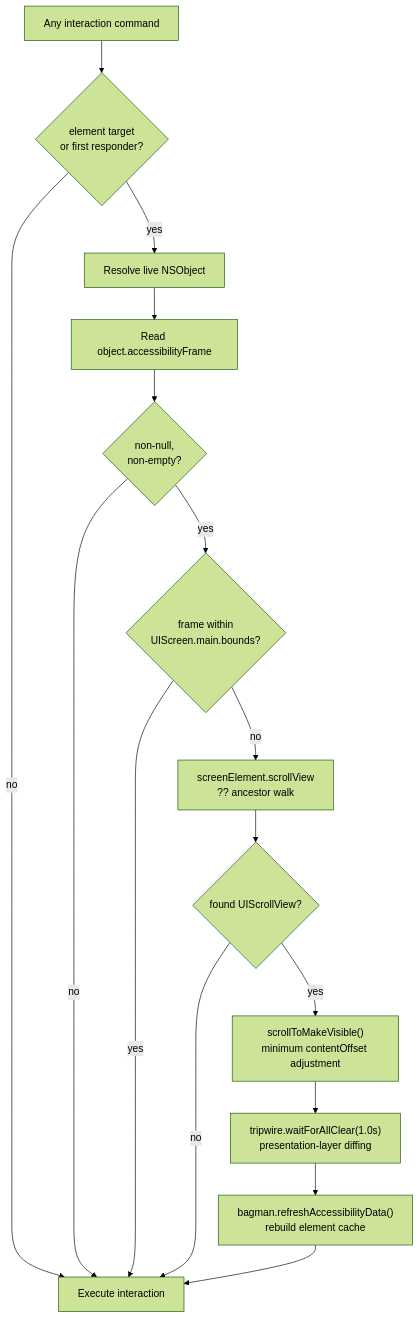
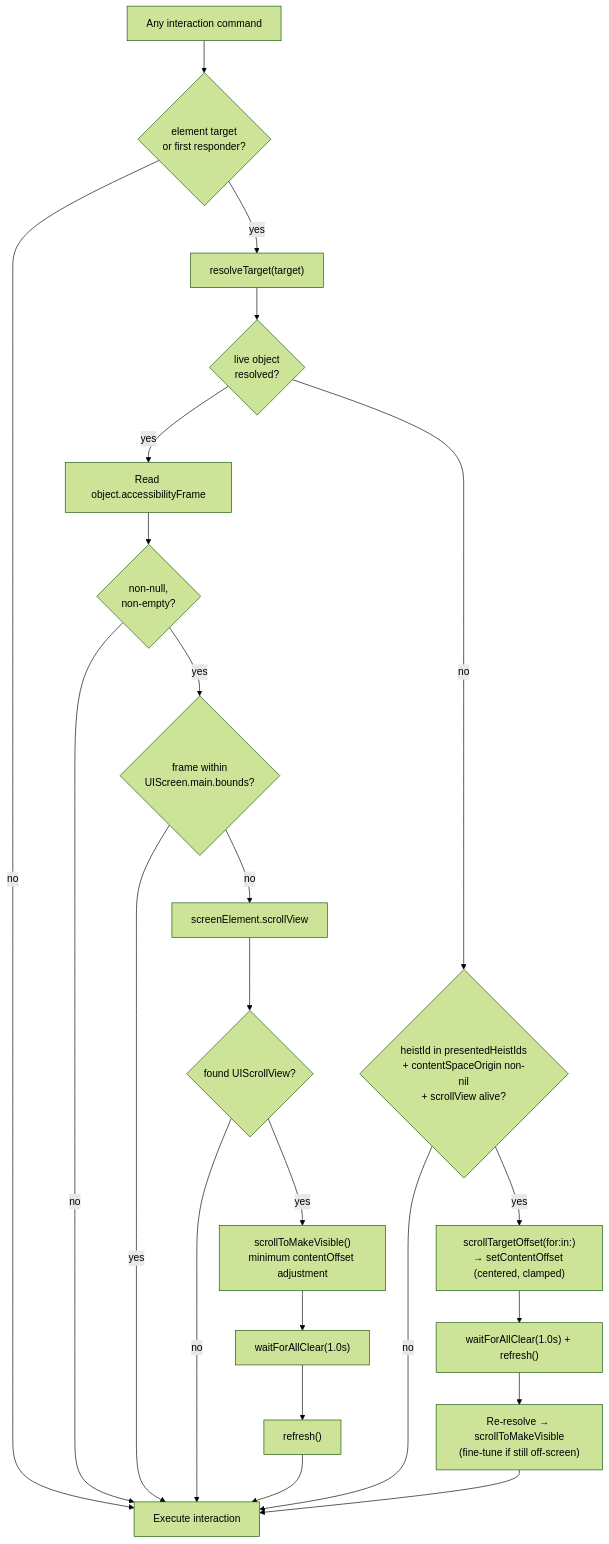
Before and after one commit to RoyalPineapple/TheButtonHeist: the first of 2 diagrams in docs/dossiers/04a-SCROLLING.md, drawn with Mermaid (forest theme). The commit also changed other lines of this file and 18 other files, not shown here.

First line of the commit message:
Fix full scan cache bug + redesign TheBagman architecture (#197)

````diff
--- a/docs/dossiers/04a-SCROLLING.md
+++ b/docs/dossiers/04a-SCROLLING.md
@@ -66,21 +79,29 @@
 ```mermaid
 flowchart TD
     Cmd["Any interaction command"]
     Cmd --> HasTarget{element target<br/>or first responder?}
     HasTarget -->|no| Execute["Execute interaction"]
-    HasTarget -->|yes| Resolve["Resolve live NSObject"]
+    HasTarget -->|yes| Resolve["resolveTarget(target)"]
 
-    Resolve --> Frame["Read object.accessibilityFrame"]
+    Resolve --> Resolved{live object<br/>resolved?}
+    Resolved -->|yes| Frame["Read object.accessibilityFrame"]
     Frame --> Valid{non-null,<br/>non-empty?}
     Valid -->|no| Execute
     Valid -->|yes| OnScreen{frame within<br/>UIScreen.main.bounds?}
     OnScreen -->|yes| Execute
 
-    OnScreen -->|no| Walk["screenElement.scrollView<br/>?? ancestor walk"]
+    OnScreen -->|no| Walk["screenElement.scrollView"]
     Walk --> ScrollView{found UIScrollView?}
     ScrollView -->|no| Execute
     ScrollView -->|yes| Scroll["scrollToMakeVisible()<br/>minimum contentOffset adjustment"]
-    Scroll --> Settle["tripwire.waitForAllClear(1.0s)<br/>presentation-layer diffing"]
-    Settle --> Refresh["bagman.refreshAccessibilityData()<br/>rebuild element cache"]
+    Scroll --> Settle["waitForAllClear(1.0s)"]
+    Settle --> Refresh["refresh()"]
     Refresh --> Execute
+
+    Resolved -->|no| FullScan{"heistId in presentedHeistIds<br/>+ contentSpaceOrigin non-nil<br/>+ scrollView alive?"}
+    FullScan -->|no| Execute
+    FullScan -->|yes| Jump["scrollTargetOffset(for:in:)<br/>→ setContentOffset (centered, clamped)"]
+    Jump --> Settle2["waitForAllClear(1.0s) + refresh()"]
+    Settle2 --> FineTune["Re-resolve → scrollToMakeVisible<br/>(fine-tune if still off-screen)"]
+    FineTune --> Execute
 ```
````
